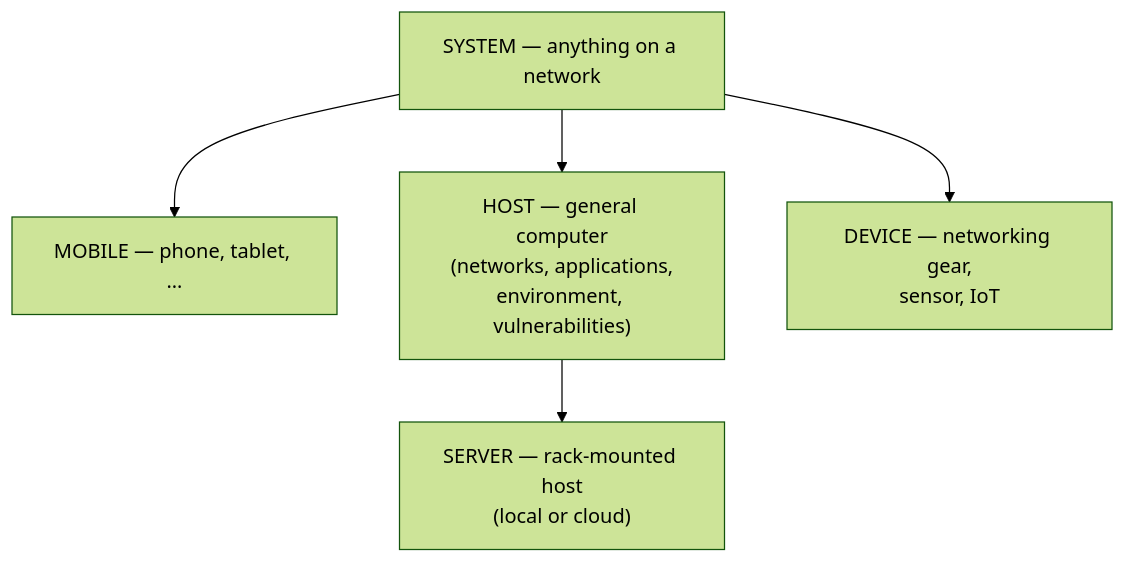
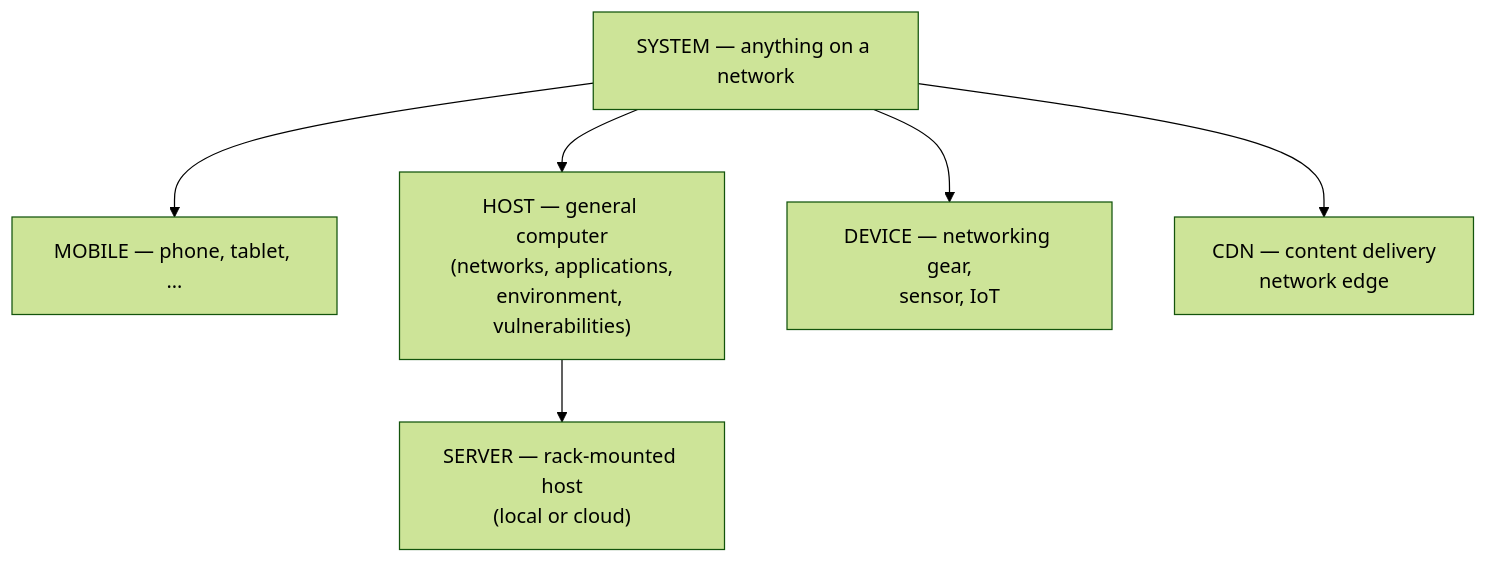
One commit to brettforbes/spiderfeet changed the first of 12 diagrams in .docs/docs-for-cli-tools/_Current_Ontology.md. Above: the diagram before and after it, drawn with Mermaid (forest theme). The commit also changed other lines of this file, not shown here.

First line of the commit message:
Add CDN as a SYSTEM subclass in CLI profiling ontology.

````diff
--- a/.docs/docs-for-cli-tools/_Current_Ontology.md
+++ b/.docs/docs-for-cli-tools/_Current_Ontology.md
@@ -22,12 +22,14 @@
 ```mermaid
 flowchart TB
   system["SYSTEM — anything on a network"]
   mobile["MOBILE — phone, tablet, …"]
   host["HOST — general computer\n(networks, applications,\nenvironment, vulnerabilities)"]
   server["SERVER — rack-mounted host\n(local or cloud)"]
   device["DEVICE — networking gear,\nsensor, IoT"]
+  cdn["CDN — content delivery\nnetwork edge"]
   system --> mobile
   system --> host
   system --> device
+  system --> cdn
   host --> server
 ```
````
